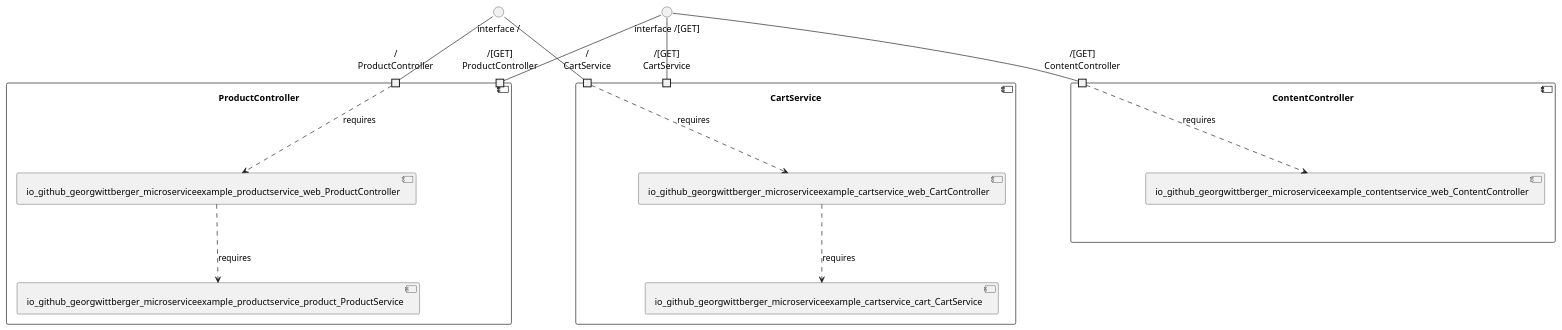
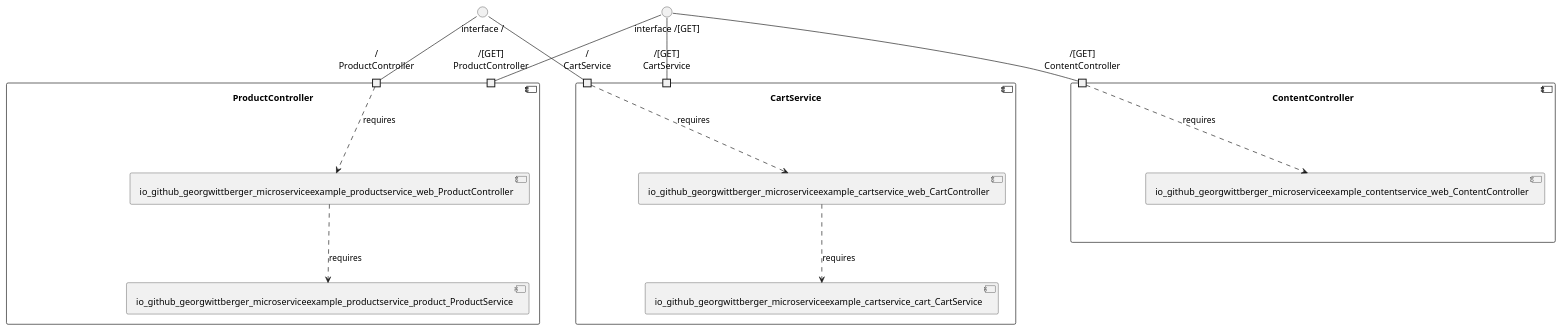
The diagram in georgwittberger-example/model_re/uml/componentDiagram.puml (View-Based-Reverse-Engineering/Retriever-Benchmark), drawn with PlantUML before and after one commit. The commit also changed other lines of this file and 137 other files, not shown here.

```diff
--- a/georgwittberger-example/model_re/uml/componentDiagram.puml
+++ b/georgwittberger-example/model_re/uml/componentDiagram.puml
@@ -1,30 +1,30 @@
 @startuml
 skinparam fixCircleLabelOverlapping true
 component "CartService\n\n\n\n\n\n" {
+[io_github_georgwittberger_microserviceexample_cartservice_web_CartController]
 [io_github_georgwittberger_microserviceexample_cartservice_cart_CartService]
-[io_github_georgwittberger_microserviceexample_cartservice_web_CartController]
 portin "/[GET]\nCartService"
 portin "/\nCartService"
 [io_github_georgwittberger_microserviceexample_cartservice_web_CartController]..>[io_github_georgwittberger_microserviceexample_cartservice_cart_CartService] : requires
 "/\nCartService"..>[io_github_georgwittberger_microserviceexample_cartservice_web_CartController] : requires
 }
+"interface /[GET]"--"/[GET]\nCartService"
 "interface /"--"/\nCartService"
-"interface /[GET]"--"/[GET]\nCartService"
 component "ContentController\n\n\n\n\n\n" {
 [io_github_georgwittberger_microserviceexample_contentservice_web_ContentController]
 portin "/[GET]\nContentController"
 "/[GET]\nContentController"..>[io_github_georgwittberger_microserviceexample_contentservice_web_ContentController] : requires
 }
 "interface /[GET]"--"/[GET]\nContentController"
 component "ProductController\n\n\n\n\n\n" {
+[io_github_georgwittberger_microserviceexample_productservice_web_ProductController]
 [io_github_georgwittberger_microserviceexample_productservice_product_ProductService]
-[io_github_georgwittberger_microserviceexample_productservice_web_ProductController]
+portin "/[GET]\nProductController"
 portin "/\nProductController"
-portin "/[GET]\nProductController"
 [io_github_georgwittberger_microserviceexample_productservice_web_ProductController]..>[io_github_georgwittberger_microserviceexample_productservice_product_ProductService] : requires
 "/\nProductController"..>[io_github_georgwittberger_microserviceexample_productservice_web_ProductController] : requires
 }
+"interface /[GET]"--"/[GET]\nProductController"
 "interface /"--"/\nProductController"
-"interface /[GET]"--"/[GET]\nProductController"
 
 @enduml
```
